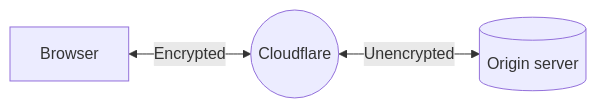
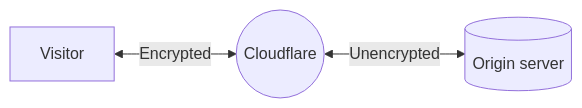
The diagram in vault/packages/cloudflare/latest/contents/ssl/origin-configuration/ssl-modes/flexible.mdx (olorehq/olore), drawn with Mermaid before and after one commit. The commit also changed other lines of this file and 26351 other files, not shown here.

````diff
--- a/vault/packages/cloudflare/latest/contents/ssl/origin-configuration/ssl-modes/flexible.mdx
+++ b/vault/packages/cloudflare/latest/contents/ssl/origin-configuration/ssl-modes/flexible.mdx
@@ -18,6 +18,6 @@
 ```mermaid
 flowchart LR
     accTitle: Flexible SSL/TLS Encryption
     accDescr: With an encryption mode of Flexible, your application encrypts traffic between the visitor and Cloudflare, but not between Cloudflare and your server.
-    A[Browser] <--Encrypted--> B((Cloudflare))<--Unencrypted--> C[(Origin server)]
+    A[Visitor] <--Encrypted--> B((Cloudflare))<--Unencrypted--> C[(Origin server)]
 ```
````
